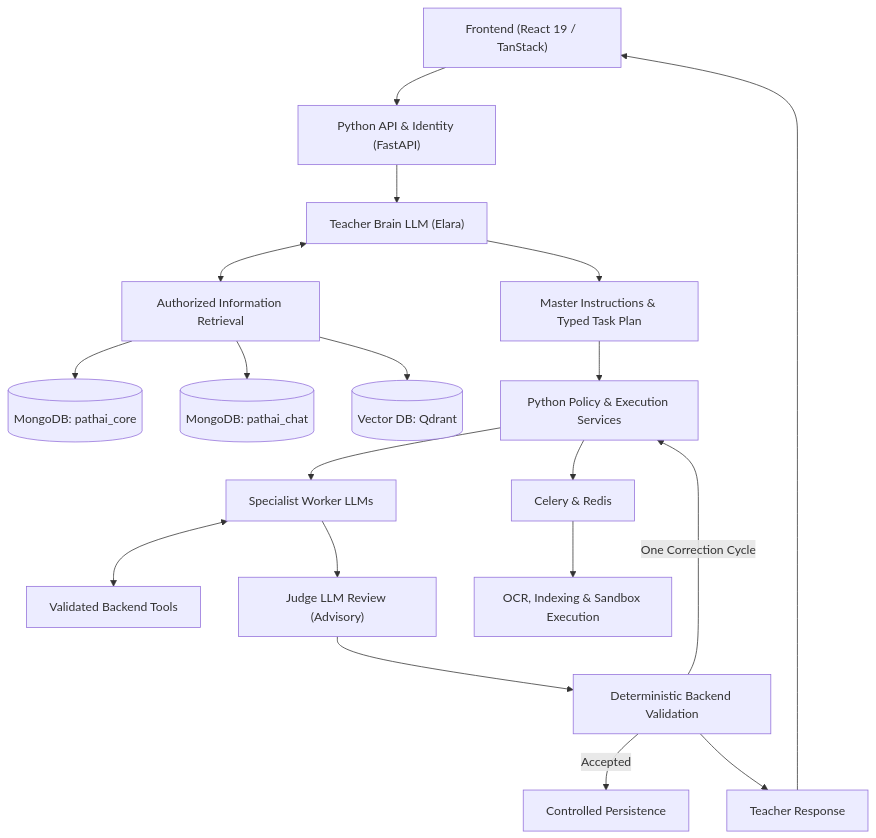
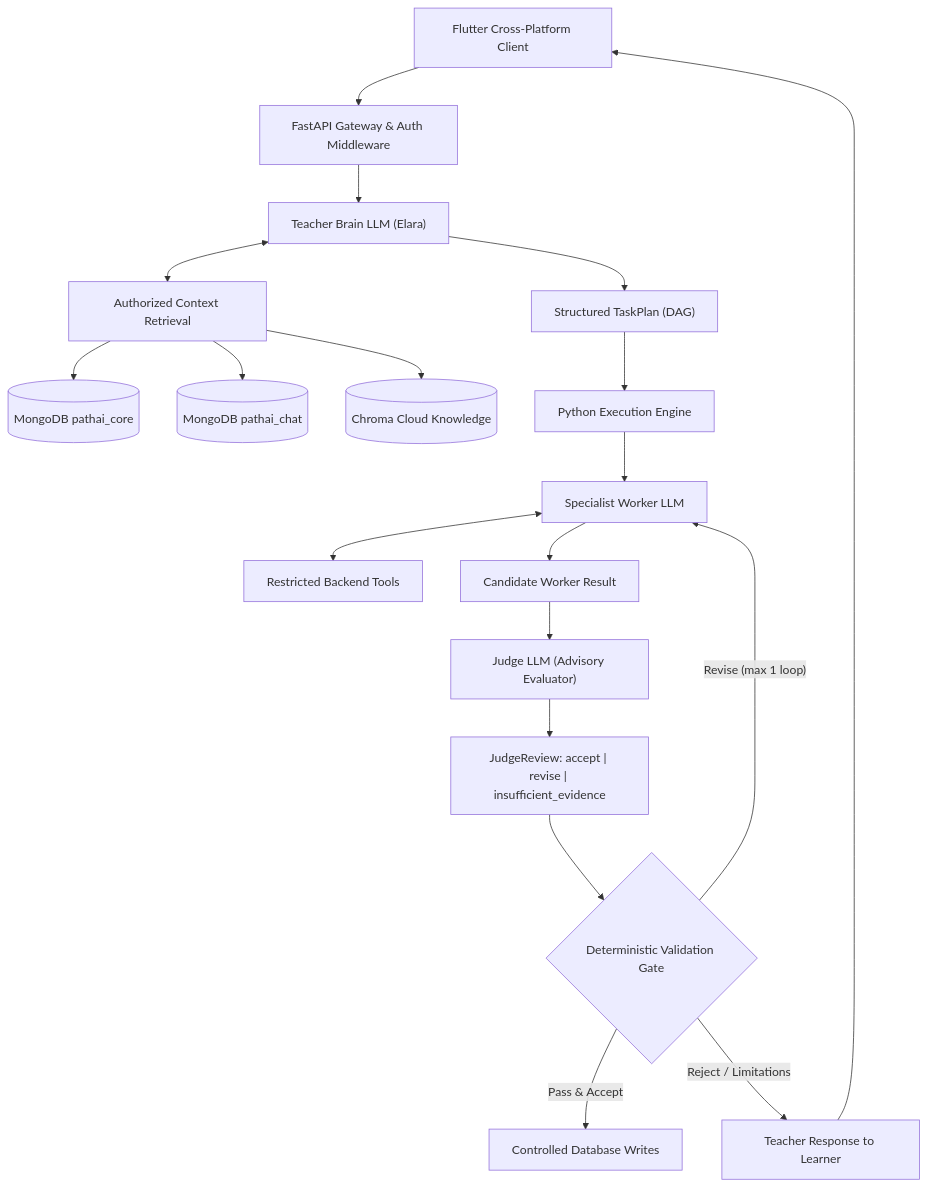
One commit to amritawasthi04/ShikshaAI changed the diagram in README.md. Above: the diagram before and after it, drawn with Mermaid. The commit also changed other lines of this file and 4 other files, not shown here.

Commit message:
Complete Phase 8 and 9: Flutter cross-platform client, production Docker orchestration, and acceptance test suite

````diff
--- a/README.md
+++ b/README.md
@@ -11,21 +9,21 @@
 ```mermaid
-flowchart TB
-    Front["Frontend (React 19 / TanStack)"] --> API["Python API & Identity (FastAPI)"]
+flowchart TD
+    Client["Flutter Cross-Platform Client"] --> API["FastAPI Gateway & Auth Middleware"]
     API --> Teacher["Teacher Brain LLM (Elara)"]
-    Teacher <--> Retrieval["Authorized Information Retrieval"]
-    Retrieval --> Core[("MongoDB: pathai_core")]
-    Retrieval --> Chat[("MongoDB: pathai_chat")]
-    Retrieval --> Vector[("Vector DB: Qdrant")]
-    Teacher --> Plan["Master Instructions & Typed Task Plan"]
-    Plan --> Executor["Python Policy & Execution Services"]
-    Executor --> Worker["Specialist Worker LLMs"]
-    Worker <--> Tools["Validated Backend Tools"]
-    Worker --> Judge["Judge LLM Review (Advisory)"]
-    Judge --> Validation["Deterministic Backend Validation"]
-    Validation -->|"Accepted"| Save["Controlled Persistence"]
-    Validation -->|"One Correction Cycle"| Executor
-    Validation --> Response["Teacher Response"]
-    Response --> Front
-    Executor --> Jobs["Celery & Redis"]
-    Jobs --> OCR["OCR, Indexing & Sandbox Execution"]
+    Teacher <--> Retrieval["Authorized Context Retrieval"]
+    Retrieval --> CoreDB[("MongoDB pathai_core")]
+    Retrieval --> ChatDB[("MongoDB pathai_chat")]
+    Retrieval --> VectorDB[("Chroma Cloud Knowledge")]
+    Teacher --> TaskPlan["Structured TaskPlan (DAG)"]
+    TaskPlan --> Executor["Python Execution Engine"]
+    Executor --> Worker["Specialist Worker LLM"]
+    Worker <--> Tools["Restricted Backend Tools"]
+    Worker --> Candidate["Candidate Worker Result"]
+    Candidate --> Judge["Judge LLM (Advisory Evaluator)"]
+    Judge --> Review["JudgeReview: accept | revise | insufficient_evidence"]
+    Review --> Gate{"Deterministic Validation Gate"}
+    Gate -->|"Pass & Accept"| Persistence["Controlled Database Writes"]
+    Gate -->|"Revise (max 1 loop)"| Worker
+    Gate -->|"Reject / Limitations"| Response["Teacher Response to Learner"]
+    Response --> Client
 ```
````
